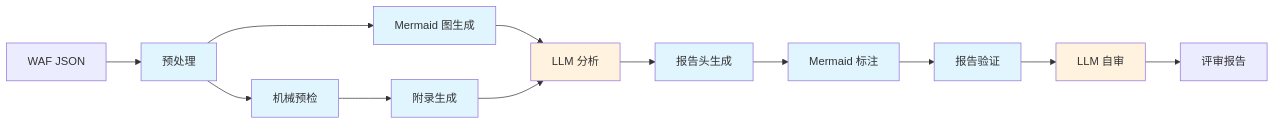
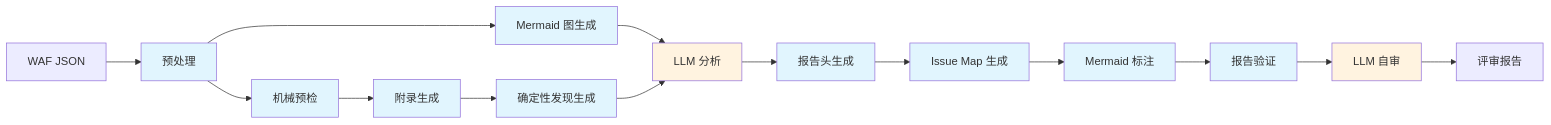
One commit to chenghit/aws-waf-rules-reviewer changed the diagram in README.md. Above: the diagram before and after it, drawn with Mermaid. The commit also changed other lines of this file and 7 other files, not shown here.

````diff
--- a/README.md
+++ b/README.md
@@ -9,24 +9,28 @@
 ```mermaid
 flowchart LR
     A["WAF JSON"] --> B["预处理"]
     B --> C["Mermaid 图生成"]
     B --> D["机械预检"]
     D --> D2["附录生成"]
+    D2 --> D3["确定性发现生成"]
     C --> E["LLM 分析"]
-    D2 --> E
+    D3 --> E
     E --> E2["报告头生成"]
-    E2 --> F["Mermaid 标注"]
+    E2 --> E3["Issue Map 生成"]
+    E3 --> F["Mermaid 标注"]
     F --> G["报告验证"]
     G --> H["LLM 自审"]
     H --> I["评审报告"]
 
     style B fill:#e1f5fe
     style C fill:#e1f5fe
     style D fill:#e1f5fe
     style D2 fill:#e1f5fe
+    style D3 fill:#e1f5fe
     style E2 fill:#e1f5fe
+    style E3 fill:#e1f5fe
     style F fill:#e1f5fe
     style G fill:#e1f5fe
     style E fill:#fff3e0
     style H fill:#fff3e0
 ```
````
